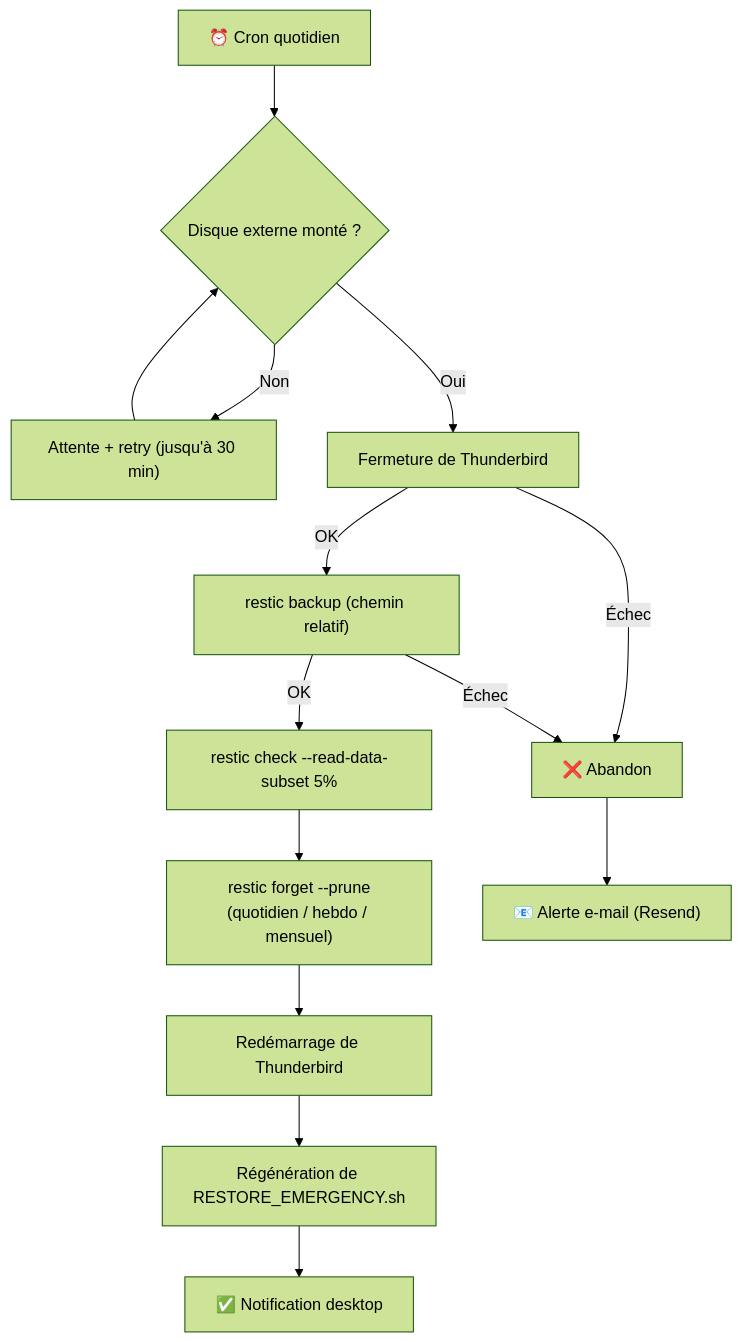
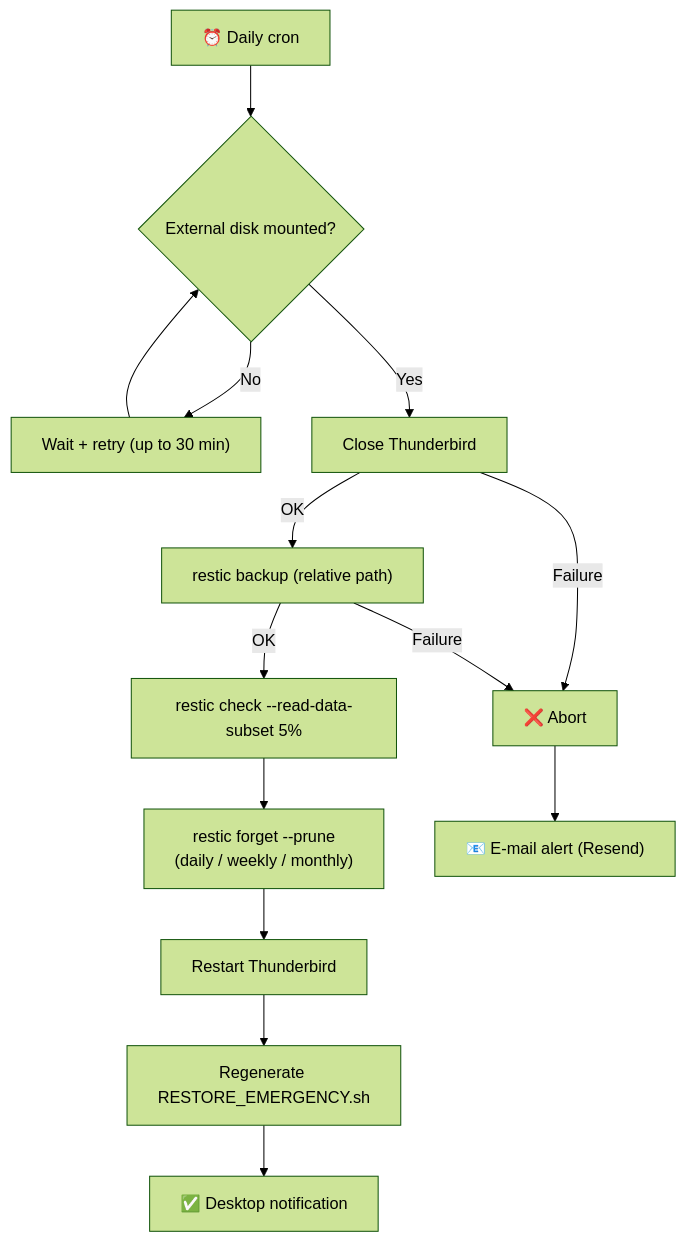
Before and after one commit to Kr4v3N/Thunderbird-Backup-Guardian: the first of 2 diagrams in README.md, drawn with Mermaid (forest theme). The commit also changed other lines of this file and 8 other files, not shown here.

````diff
--- a/README.md
+++ b/README.md
@@ -48,16 +52,16 @@
 ```mermaid
 flowchart TD
-    A["⏰ Cron quotidien"] --> B{"Disque externe monté ?"}
-    B -- Non --> C["Attente + retry (jusqu'à 30 min)"]
+    A["⏰ Daily cron"] --> B{"External disk mounted?"}
+    B -- No --> C["Wait + retry (up to 30 min)"]
     C --> B
-    B -- Oui --> D["Fermeture de Thunderbird"]
-    D -- Échec --> Z["❌ Abandon"]
-    D -- OK --> E["restic backup (chemin relatif)"]
-    E -- Échec --> Z
+    B -- Yes --> D["Close Thunderbird"]
+    D -- Failure --> Z["❌ Abort"]
+    D -- OK --> E["restic backup (relative path)"]
+    E -- Failure --> Z
     E -- OK --> F["restic check --read-data-subset 5%"]
-    F --> G["restic forget --prune\n(quotidien / hebdo / mensuel)"]
-    G --> H["Redémarrage de Thunderbird"]
-    H --> I["Régénération de RESTORE_EMERGENCY.sh"]
-    I --> J["✅ Notification desktop"]
-    Z --> K["📧 Alerte e-mail (Resend)"]
+    F --> G["restic forget --prune\n(daily / weekly / monthly)"]
+    G --> H["Restart Thunderbird"]
+    H --> I["Regenerate RESTORE_EMERGENCY.sh"]
+    I --> J["✅ Desktop notification"]
+    Z --> K["📧 E-mail alert (Resend)"]
 ```
````
